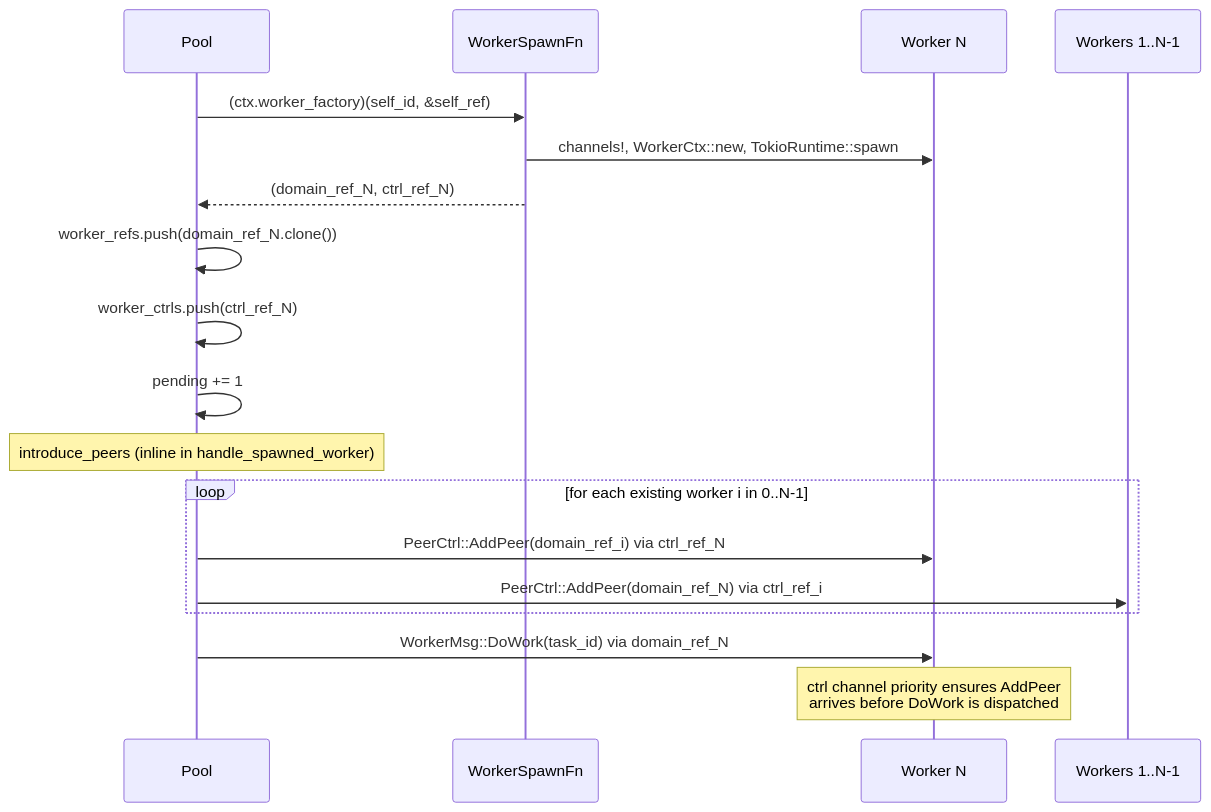
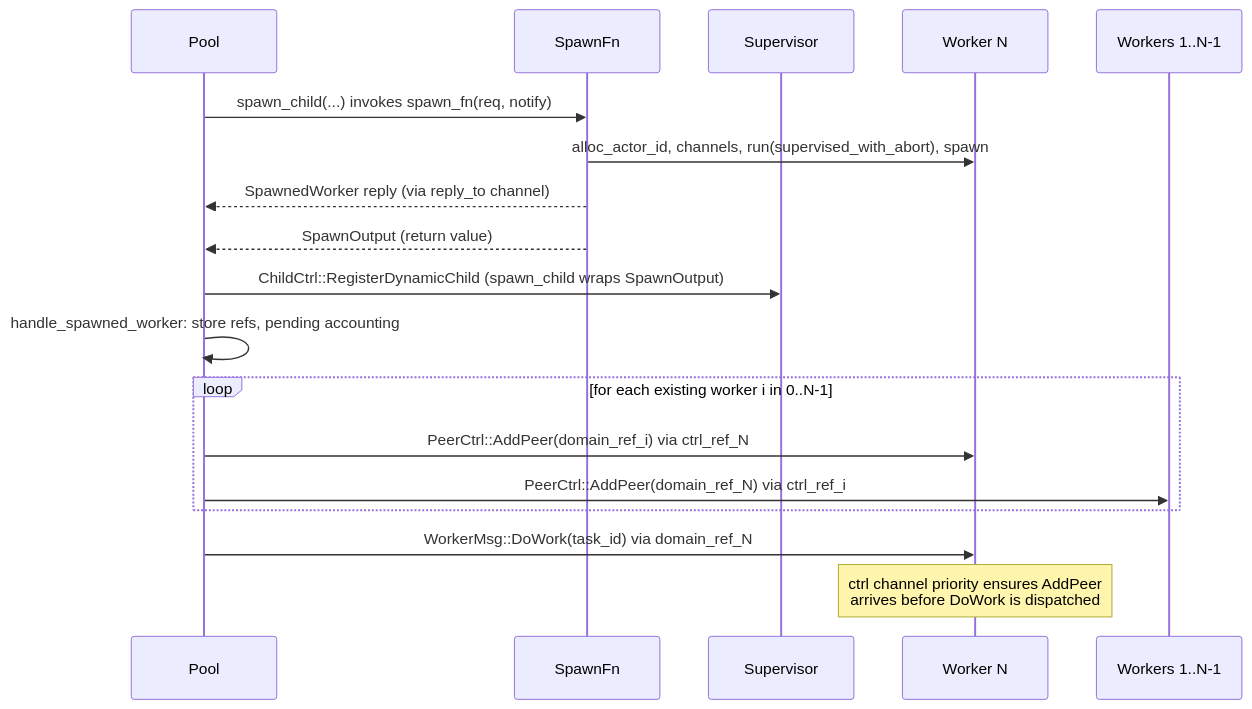
Before and after one commit to bloxide-com/bloxide: the third of 4 diagrams in spec/architecture/11-dynamic-actors.md, drawn with Mermaid. The commit also changed other lines of this file and 33 other files, not shown here.

````diff
--- a/spec/architecture/11-dynamic-actors.md
+++ b/spec/architecture/11-dynamic-actors.md
@@ -601,24 +667,23 @@
 ```mermaid
 sequenceDiagram
     participant Pool
-    participant Factory as WorkerSpawnFn
+    participant Factory as SpawnFn
+    participant Sup as Supervisor
     participant NewWorker as Worker N
     participant OldWorker as Workers 1..N-1
 
-    Pool->>Factory: (ctx.worker_factory)(self_id, &self_ref)
-    Factory->>NewWorker: channels!, WorkerCtx::new, TokioRuntime::spawn
-    Factory-->>Pool: (domain_ref_N, ctrl_ref_N)
+    Pool->>Factory: spawn_child(...) invokes spawn_fn(req, notify)
+    Factory->>NewWorker: alloc_actor_id, channels, run(supervised_with_abort), spawn
+    Factory-->>Pool: SpawnedWorker reply (via reply_to channel)
+    Factory-->>Pool: SpawnOutput (return value)
+    Pool->>Sup: ChildCtrl::RegisterDynamicChild (spawn_child wraps SpawnOutput)
 
-    Pool->>Pool: worker_refs.push(domain_ref_N.clone())
-    Pool->>Pool: worker_ctrls.push(ctrl_ref_N)
-    Pool->>Pool: pending += 1
-
-    Note over Pool: introduce_peers (inline in handle_spawned_worker)
+    Pool->>Pool: handle_spawned_worker: store refs, pending accounting
     loop for each existing worker i in 0..N-1
         Pool->>NewWorker: PeerCtrl::AddPeer(domain_ref_i) via ctrl_ref_N
         Pool->>OldWorker: PeerCtrl::AddPeer(domain_ref_N) via ctrl_ref_i
     end
 
     Pool->>NewWorker: WorkerMsg::DoWork(task_id) via domain_ref_N
     Note over NewWorker: ctrl channel priority ensures AddPeer<br/>arrives before DoWork is dispatched
 ```
````
